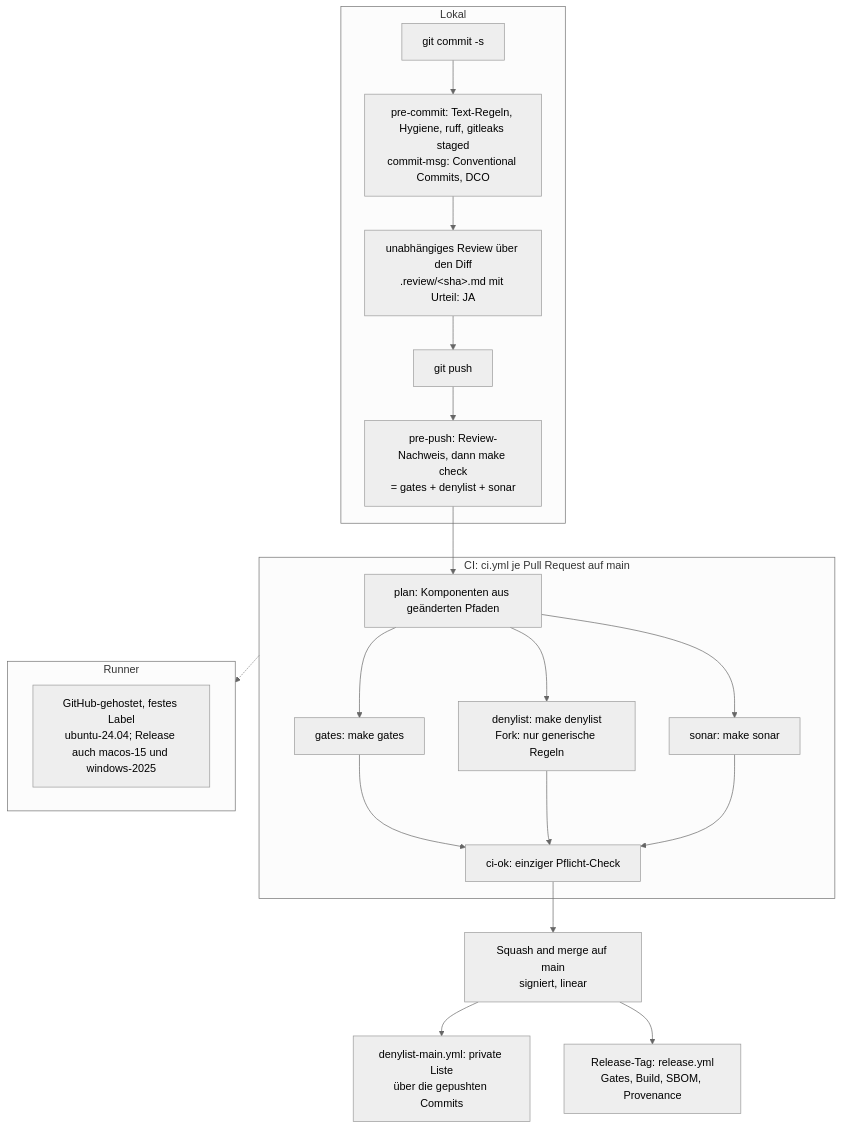
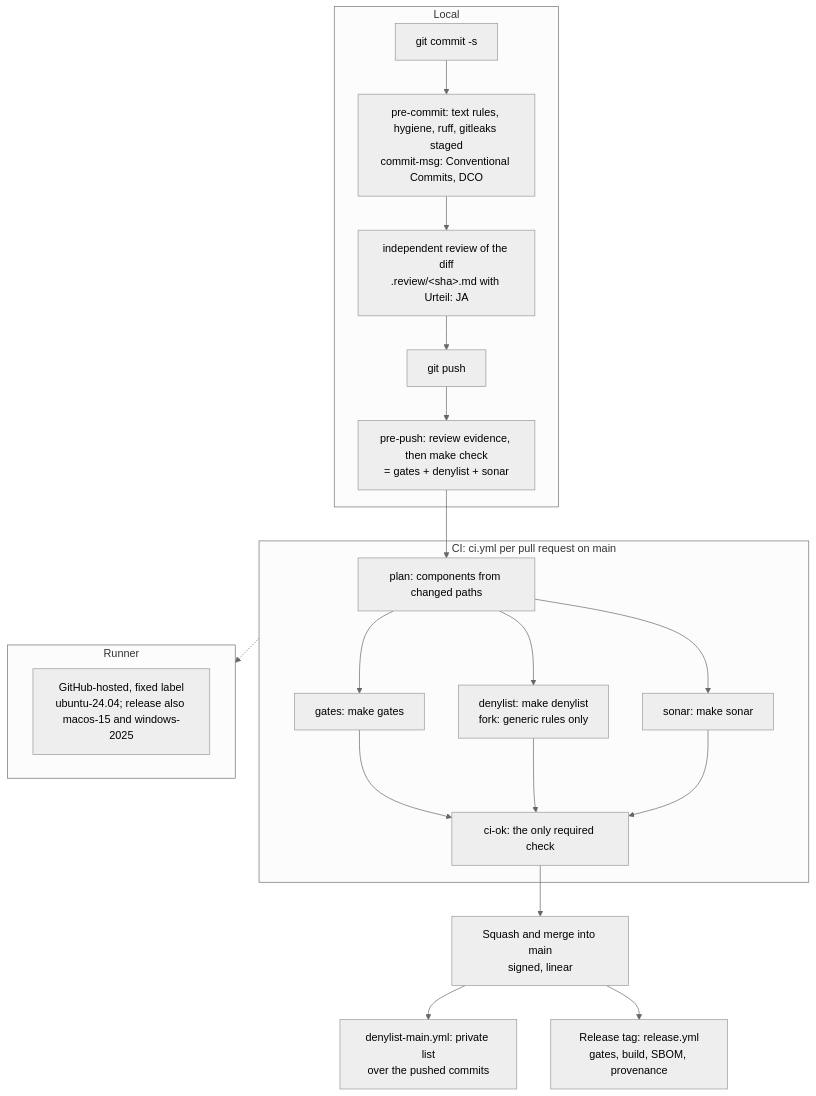
One commit to mguttmann/bothy changed the diagram in docs/quality/pipeline.mmd. Above: the diagram before and after it, drawn with Mermaid (neutral theme). The commit also changed 95 other files, not shown here.

First line of the commit message:
docs(architecture): translate the diagrams to English

```diff
--- a/docs/quality/pipeline.mmd
+++ b/docs/quality/pipeline.mmd
@@ -1,23 +1,23 @@
 flowchart TB
-  subgraph lokal["Lokal"]
-    commit["git commit -s"] --> hooks["pre-commit: Text-Regeln, Hygiene, ruff, gitleaks staged<br/>commit-msg: Conventional Commits, DCO"]
+  subgraph local["Local"]
+    commit["git commit -s"] --> hooks["pre-commit: text rules, hygiene, ruff, gitleaks staged<br/>commit-msg: Conventional Commits, DCO"]
     hooks --> review
-    review["unabhängiges Review über den Diff<br/>.review/&lt;sha&gt;.md mit Urteil: JA"] --> push["git push"]
-    push --> check["pre-push: Review-Nachweis, dann make check<br/>= gates + denylist + sonar"]
+    review["independent review of the diff<br/>.review/&lt;sha&gt;.md with Urteil: JA"] --> push["git push"]
+    push --> check["pre-push: review evidence, then make check<br/>= gates + denylist + sonar"]
   end
-  subgraph ci["CI: ci.yml je Pull Request auf main"]
-    plan["plan: Komponenten aus geänderten Pfaden"] --> gates["gates: make gates"]
-    plan --> deny["denylist: make denylist<br/>Fork: nur generische Regeln"]
+  subgraph ci["CI: ci.yml per pull request on main"]
+    plan["plan: components from changed paths"] --> gates["gates: make gates"]
+    plan --> deny["denylist: make denylist<br/>fork: generic rules only"]
     plan --> sonar["sonar: make sonar"]
-    gates --> ok["ci-ok: einziger Pflicht-Check"]
+    gates --> ok["ci-ok: the only required check"]
     deny --> ok
     sonar --> ok
   end
   subgraph runner["Runner"]
-    hosted["GitHub-gehostet, festes Label<br/>ubuntu-24.04; Release auch macos-15 und windows-2025"]
+    hosted["GitHub-hosted, fixed label<br/>ubuntu-24.04; release also macos-15 and windows-2025"]
   end
   check --> plan
   ci -.-> runner
-  ok --> merge["Squash and merge auf main<br/>signiert, linear"]
-  merge --> denymain["denylist-main.yml: private Liste<br/>über die gepushten Commits"]
-  merge --> tag["Release-Tag: release.yml<br/>Gates, Build, SBOM, Provenance"]
+  ok --> merge["Squash and merge into main<br/>signed, linear"]
+  merge --> denymain["denylist-main.yml: private list<br/>over the pushed commits"]
+  merge --> tag["Release tag: release.yml<br/>gates, build, SBOM, provenance"]
```
